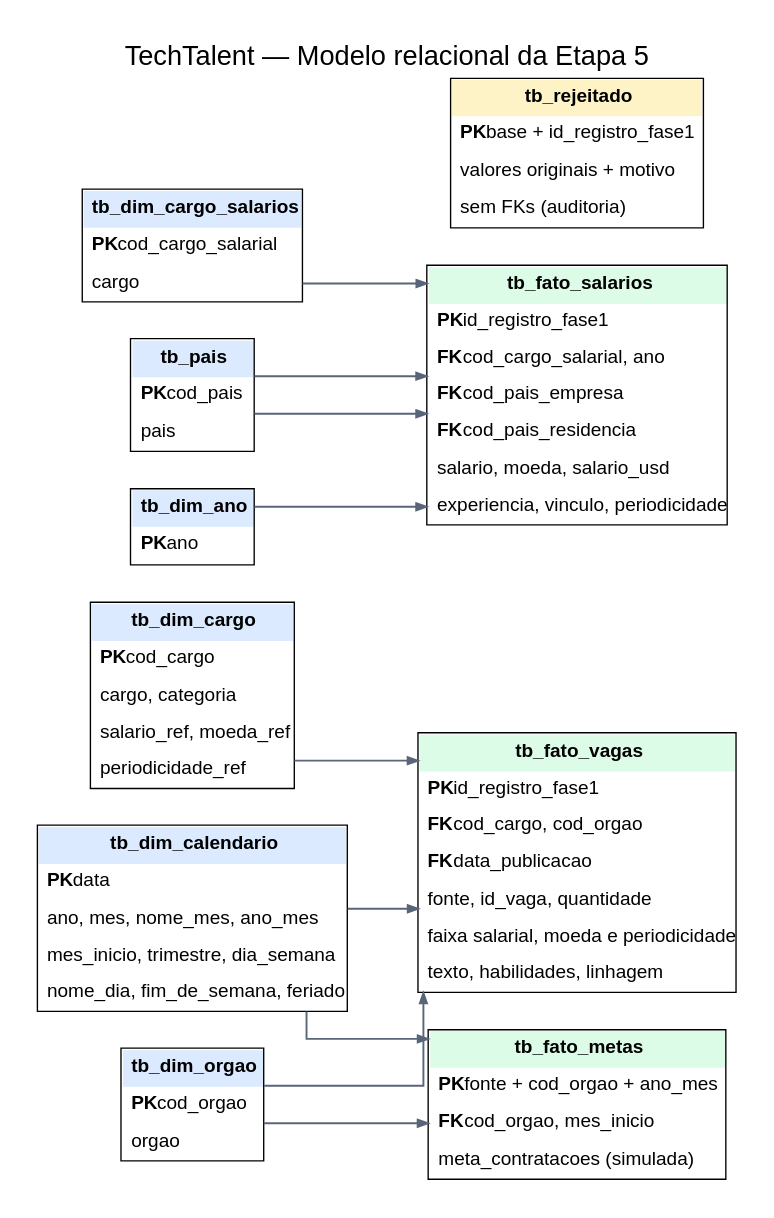
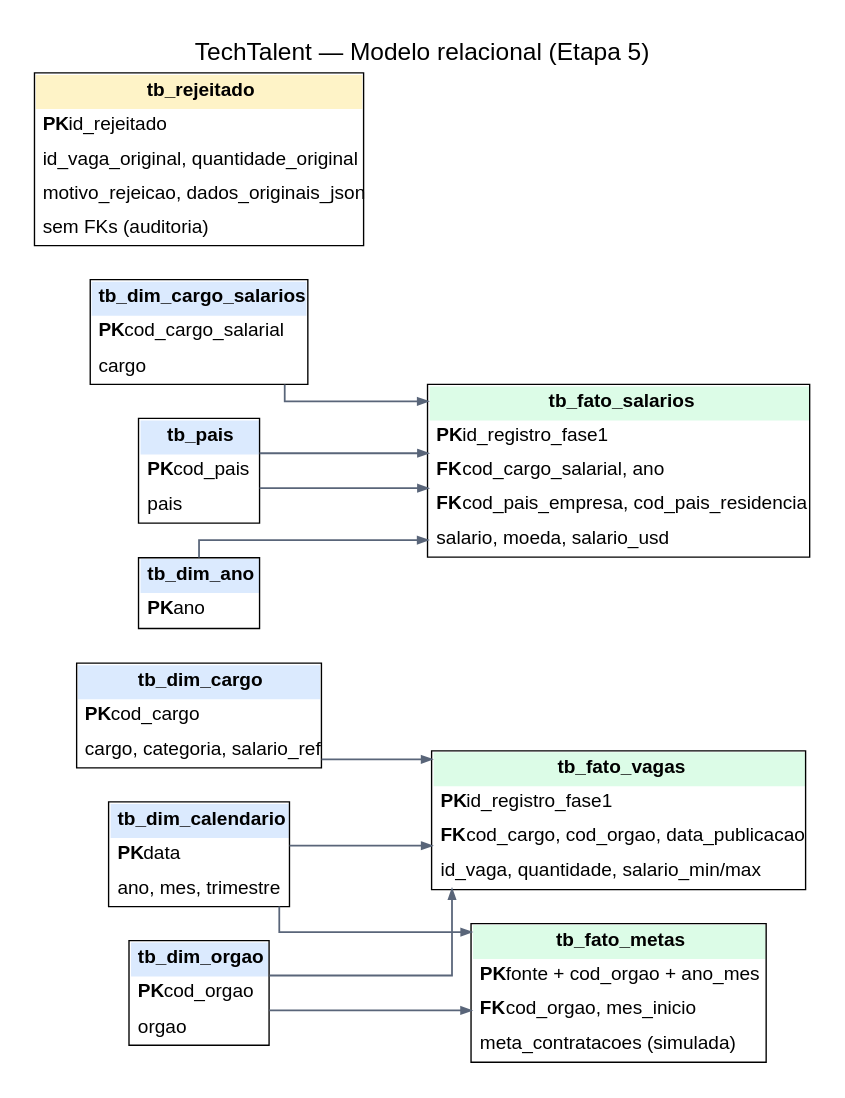
One commit to DaviTosatti/fatecsp-MA20262-equipe-09-techtalent changed the diagram in MA2026-entrega-parcial/05-sql/docs/diagrama_er.dot. Above: the diagram before and after it, drawn with Graphviz. The commit also changed 12 other files, not shown here.

```diff
--- a/MA2026-entrega-parcial/05-sql/docs/diagrama_er.dot
+++ b/MA2026-entrega-parcial/05-sql/docs/diagrama_er.dot
@@ -1,52 +1,17 @@
 digraph TechTalent {
-  graph [rankdir=LR, bgcolor="white", pad="0.28", nodesep="0.38", ranksep="0.72", splines=ortho, fontname="Arial", labelloc="t", label="TechTalent — Modelo relacional da Etapa 5", fontsize=20];
+  graph [rankdir=LR, bgcolor="white", pad="0.25", nodesep="0.35", ranksep="0.65", splines=ortho, fontname="Arial", labelloc="t", label="TechTalent — Modelo relacional (Etapa 5)", fontsize=18];
   node [shape=plain, fontname="Arial"];
-  edge [color="#596579", penwidth=1.4, arrowsize=0.75, fontname="Arial", fontsize=9];
-
-  cargo [label=< <TABLE BORDER="1" CELLBORDER="0" CELLSPACING="0" CELLPADDING="6">
-    <TR><TD BGCOLOR="#dbeafe"><B>tb_dim_cargo</B></TD></TR>
-    <TR><TD ALIGN="LEFT"><B>PK</B> cod_cargo</TD></TR><TR><TD ALIGN="LEFT">cargo, categoria</TD></TR><TR><TD ALIGN="LEFT">salario_ref, moeda_ref</TD></TR><TR><TD ALIGN="LEFT">periodicidade_ref</TD></TR></TABLE> >];
-  orgao [label=< <TABLE BORDER="1" CELLBORDER="0" CELLSPACING="0" CELLPADDING="6">
-    <TR><TD BGCOLOR="#dbeafe"><B>tb_dim_orgao</B></TD></TR>
-    <TR><TD ALIGN="LEFT"><B>PK</B> cod_orgao</TD></TR><TR><TD ALIGN="LEFT">orgao</TD></TR></TABLE> >];
-  calendario [label=< <TABLE BORDER="1" CELLBORDER="0" CELLSPACING="0" CELLPADDING="6">
-    <TR><TD BGCOLOR="#dbeafe"><B>tb_dim_calendario</B></TD></TR>
-    <TR><TD ALIGN="LEFT"><B>PK</B> data</TD></TR><TR><TD ALIGN="LEFT">ano, mes, nome_mes, ano_mes</TD></TR><TR><TD ALIGN="LEFT">mes_inicio, trimestre, dia_semana</TD></TR><TR><TD ALIGN="LEFT">nome_dia, fim_de_semana, feriado</TD></TR></TABLE> >];
-  vagas [label=< <TABLE BORDER="1" CELLBORDER="0" CELLSPACING="0" CELLPADDING="6">
-    <TR><TD BGCOLOR="#dcfce7"><B>tb_fato_vagas</B></TD></TR>
-    <TR><TD ALIGN="LEFT"><B>PK</B> id_registro_fase1</TD></TR><TR><TD ALIGN="LEFT"><B>FK</B> cod_cargo, cod_orgao</TD></TR><TR><TD ALIGN="LEFT"><B>FK</B> data_publicacao</TD></TR><TR><TD ALIGN="LEFT">fonte, id_vaga, quantidade</TD></TR><TR><TD ALIGN="LEFT">faixa salarial, moeda e periodicidade</TD></TR><TR><TD ALIGN="LEFT">texto, habilidades, linhagem</TD></TR></TABLE> >];
-
-  cargo_sal [label=< <TABLE BORDER="1" CELLBORDER="0" CELLSPACING="0" CELLPADDING="6">
-    <TR><TD BGCOLOR="#dbeafe"><B>tb_dim_cargo_salarios</B></TD></TR>
-    <TR><TD ALIGN="LEFT"><B>PK</B> cod_cargo_salarial</TD></TR><TR><TD ALIGN="LEFT">cargo</TD></TR></TABLE> >];
-  pais [label=< <TABLE BORDER="1" CELLBORDER="0" CELLSPACING="0" CELLPADDING="6">
-    <TR><TD BGCOLOR="#dbeafe"><B>tb_pais</B></TD></TR>
-    <TR><TD ALIGN="LEFT"><B>PK</B> cod_pais</TD></TR><TR><TD ALIGN="LEFT">pais</TD></TR></TABLE> >];
-  ano [label=< <TABLE BORDER="1" CELLBORDER="0" CELLSPACING="0" CELLPADDING="6">
-    <TR><TD BGCOLOR="#dbeafe"><B>tb_dim_ano</B></TD></TR>
-    <TR><TD ALIGN="LEFT"><B>PK</B> ano</TD></TR></TABLE> >];
-  salarios [label=< <TABLE BORDER="1" CELLBORDER="0" CELLSPACING="0" CELLPADDING="6">
-    <TR><TD BGCOLOR="#dcfce7"><B>tb_fato_salarios</B></TD></TR>
-    <TR><TD ALIGN="LEFT"><B>PK</B> id_registro_fase1</TD></TR><TR><TD ALIGN="LEFT"><B>FK</B> cod_cargo_salarial, ano</TD></TR><TR><TD ALIGN="LEFT"><B>FK</B> cod_pais_empresa</TD></TR><TR><TD ALIGN="LEFT"><B>FK</B> cod_pais_residencia</TD></TR><TR><TD ALIGN="LEFT">salario, moeda, salario_usd</TD></TR><TR><TD ALIGN="LEFT">experiencia, vinculo, periodicidade</TD></TR></TABLE> >];
-
-  metas [label=< <TABLE BORDER="1" CELLBORDER="0" CELLSPACING="0" CELLPADDING="6">
-    <TR><TD BGCOLOR="#dcfce7"><B>tb_fato_metas</B></TD></TR>
-    <TR><TD ALIGN="LEFT"><B>PK</B> fonte + cod_orgao + ano_mes</TD></TR><TR><TD ALIGN="LEFT"><B>FK</B> cod_orgao, mes_inicio</TD></TR><TR><TD ALIGN="LEFT">meta_contratacoes (simulada)</TD></TR></TABLE> >];
-
-  rejeitados [label=< <TABLE BORDER="1" CELLBORDER="0" CELLSPACING="0" CELLPADDING="6">
-    <TR><TD BGCOLOR="#fef3c7"><B>tb_rejeitado</B></TD></TR>
-    <TR><TD ALIGN="LEFT"><B>PK</B> base + id_registro_fase1</TD></TR><TR><TD ALIGN="LEFT">valores originais + motivo</TD></TR><TR><TD ALIGN="LEFT">sem FKs (auditoria)</TD></TR></TABLE> >];
-
-  cargo -> vagas;
-  orgao -> vagas;
-  calendario -> vagas;
-  orgao -> metas;
-  calendario -> metas;
-  cargo_sal -> salarios;
-  ano -> salarios;
-  pais -> salarios;
-  pais -> salarios;
-  {rank=same; cargo; orgao; calendario;}
-  {rank=same; cargo_sal; pais; ano;}
-  {rank=same; vagas; metas; salarios; rejeitados;}
+  edge [color="#596579", penwidth=1.3, arrowsize=0.7];
+  cargo [label=<<TABLE BORDER="1" CELLBORDER="0" CELLSPACING="0" CELLPADDING="5"><TR><TD BGCOLOR="#dbeafe"><B>tb_dim_cargo</B></TD></TR><TR><TD ALIGN="LEFT"><B>PK</B> cod_cargo</TD></TR><TR><TD ALIGN="LEFT">cargo, categoria, salario_ref</TD></TR></TABLE>>];
+  orgao [label=<<TABLE BORDER="1" CELLBORDER="0" CELLSPACING="0" CELLPADDING="5"><TR><TD BGCOLOR="#dbeafe"><B>tb_dim_orgao</B></TD></TR><TR><TD ALIGN="LEFT"><B>PK</B> cod_orgao</TD></TR><TR><TD ALIGN="LEFT">orgao</TD></TR></TABLE>>];
+  cal [label=<<TABLE BORDER="1" CELLBORDER="0" CELLSPACING="0" CELLPADDING="5"><TR><TD BGCOLOR="#dbeafe"><B>tb_dim_calendario</B></TD></TR><TR><TD ALIGN="LEFT"><B>PK</B> data</TD></TR><TR><TD ALIGN="LEFT">ano, mes, trimestre</TD></TR></TABLE>>];
+  vagas [label=<<TABLE BORDER="1" CELLBORDER="0" CELLSPACING="0" CELLPADDING="5"><TR><TD BGCOLOR="#dcfce7"><B>tb_fato_vagas</B></TD></TR><TR><TD ALIGN="LEFT"><B>PK</B> id_registro_fase1</TD></TR><TR><TD ALIGN="LEFT"><B>FK</B> cod_cargo, cod_orgao, data_publicacao</TD></TR><TR><TD ALIGN="LEFT">id_vaga, quantidade, salario_min/max</TD></TR></TABLE>>];
+  cargo_sal [label=<<TABLE BORDER="1" CELLBORDER="0" CELLSPACING="0" CELLPADDING="5"><TR><TD BGCOLOR="#dbeafe"><B>tb_dim_cargo_salarios</B></TD></TR><TR><TD ALIGN="LEFT"><B>PK</B> cod_cargo_salarial</TD></TR><TR><TD ALIGN="LEFT">cargo</TD></TR></TABLE>>];
+  pais [label=<<TABLE BORDER="1" CELLBORDER="0" CELLSPACING="0" CELLPADDING="5"><TR><TD BGCOLOR="#dbeafe"><B>tb_pais</B></TD></TR><TR><TD ALIGN="LEFT"><B>PK</B> cod_pais</TD></TR><TR><TD ALIGN="LEFT">pais</TD></TR></TABLE>>];
+  ano [label=<<TABLE BORDER="1" CELLBORDER="0" CELLSPACING="0" CELLPADDING="5"><TR><TD BGCOLOR="#dbeafe"><B>tb_dim_ano</B></TD></TR><TR><TD ALIGN="LEFT"><B>PK</B> ano</TD></TR></TABLE>>];
+  salarios [label=<<TABLE BORDER="1" CELLBORDER="0" CELLSPACING="0" CELLPADDING="5"><TR><TD BGCOLOR="#dcfce7"><B>tb_fato_salarios</B></TD></TR><TR><TD ALIGN="LEFT"><B>PK</B> id_registro_fase1</TD></TR><TR><TD ALIGN="LEFT"><B>FK</B> cod_cargo_salarial, ano</TD></TR><TR><TD ALIGN="LEFT"><B>FK</B> cod_pais_empresa, cod_pais_residencia</TD></TR><TR><TD ALIGN="LEFT">salario, moeda, salario_usd</TD></TR></TABLE>>];
+  metas [label=<<TABLE BORDER="1" CELLBORDER="0" CELLSPACING="0" CELLPADDING="5"><TR><TD BGCOLOR="#dcfce7"><B>tb_fato_metas</B></TD></TR><TR><TD ALIGN="LEFT"><B>PK</B> fonte + cod_orgao + ano_mes</TD></TR><TR><TD ALIGN="LEFT"><B>FK</B> cod_orgao, mes_inicio</TD></TR><TR><TD ALIGN="LEFT">meta_contratacoes (simulada)</TD></TR></TABLE>>];
+  rejeitados [label=<<TABLE BORDER="1" CELLBORDER="0" CELLSPACING="0" CELLPADDING="5"><TR><TD BGCOLOR="#fef3c7"><B>tb_rejeitado</B></TD></TR><TR><TD ALIGN="LEFT"><B>PK</B> id_rejeitado</TD></TR><TR><TD ALIGN="LEFT">id_vaga_original, quantidade_original</TD></TR><TR><TD ALIGN="LEFT">motivo_rejeicao, dados_originais_json</TD></TR><TR><TD ALIGN="LEFT">sem FKs (auditoria)</TD></TR></TABLE>>];
+  cargo -> vagas; orgao -> vagas; cal -> vagas; orgao -> metas; cal -> metas;
+  cargo_sal -> salarios; ano -> salarios; pais -> salarios; pais -> salarios;
 }
```
